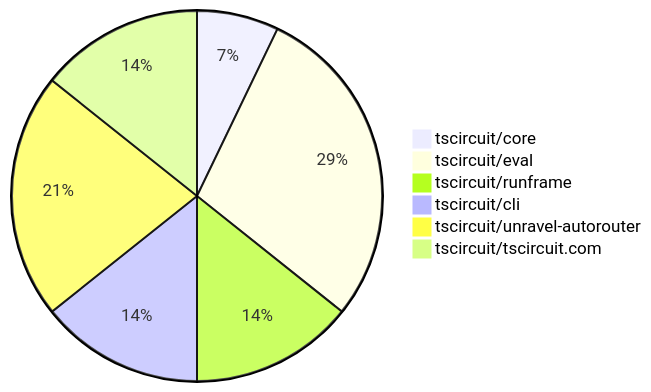
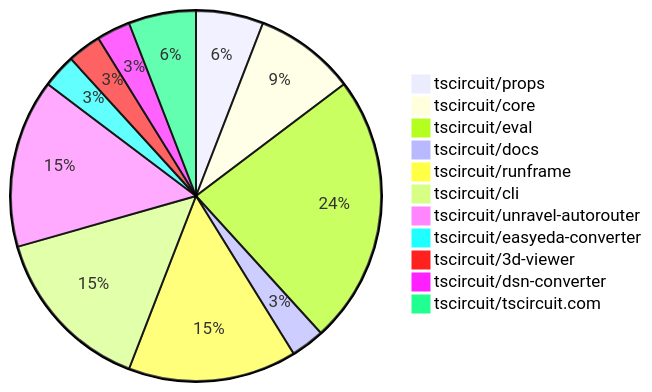
One commit to tscircuit/contribution-tracker changed the diagram in README.md. Above: the diagram before and after it, drawn with Mermaid. The commit also changed other lines of this file and 2 other files, not shown here.

````diff
--- a/README.md
+++ b/README.md
@@ -24,9 +24,14 @@
 ```mermaid
 pie
-    "tscircuit/core" : 1
-    "tscircuit/eval" : 4
-    "tscircuit/runframe" : 2
-    "tscircuit/cli" : 2
-    "tscircuit/unravel-autorouter" : 3
+    "tscircuit/props" : 2
+    "tscircuit/core" : 3
+    "tscircuit/eval" : 8
+    "tscircuit/docs" : 1
+    "tscircuit/runframe" : 5
+    "tscircuit/cli" : 5
+    "tscircuit/unravel-autorouter" : 5
+    "tscircuit/easyeda-converter" : 1
+    "tscircuit/3d-viewer" : 1
+    "tscircuit/dsn-converter" : 1
     "tscircuit/tscircuit.com" : 2
 ```
````
